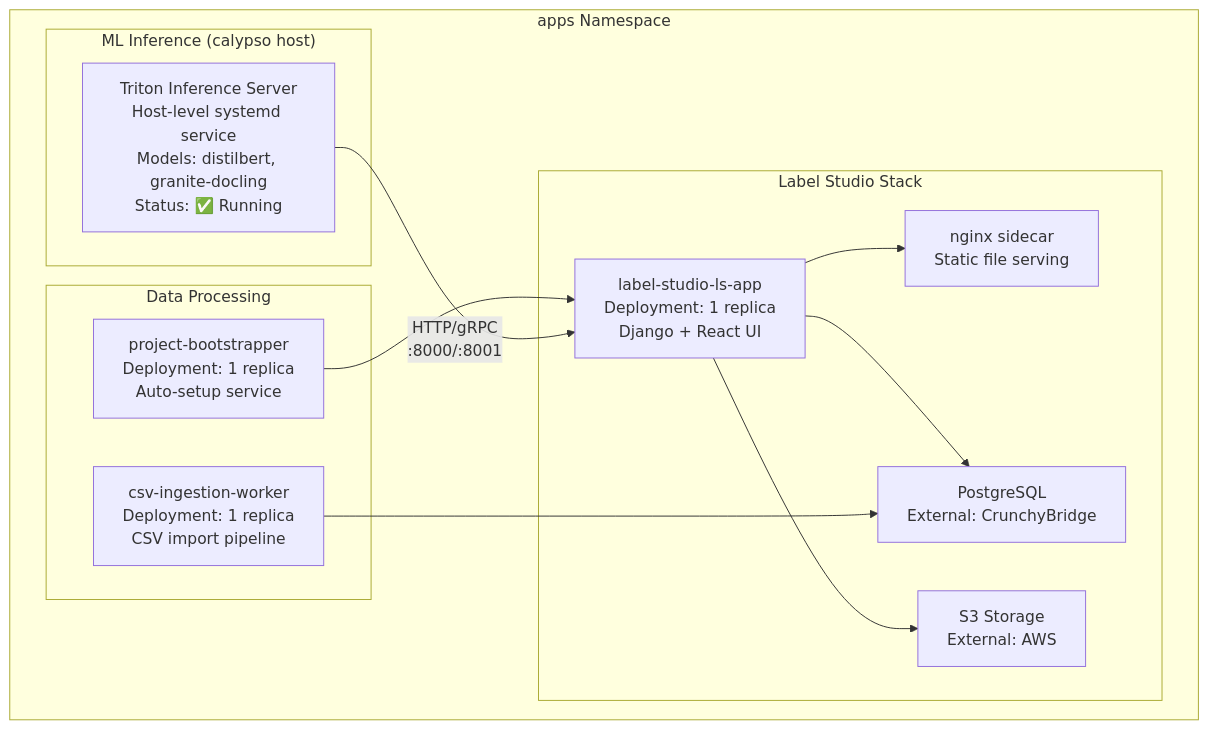
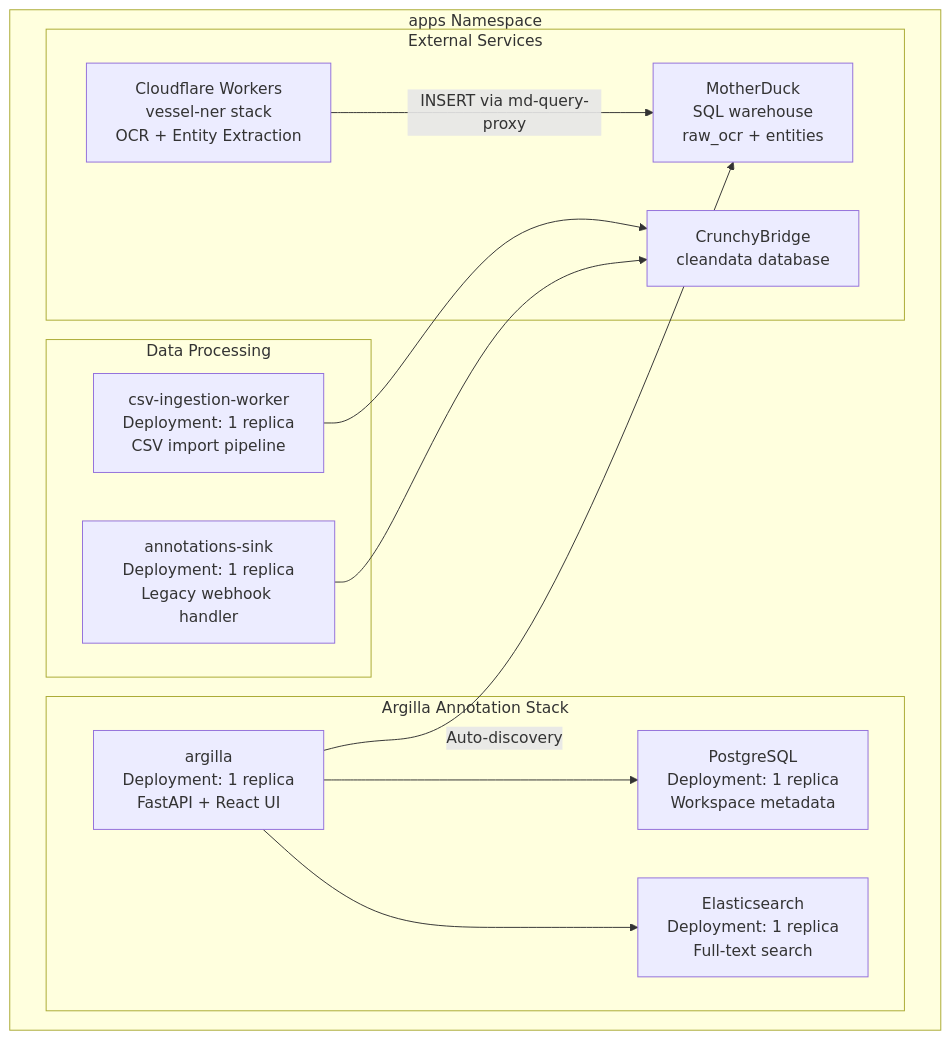
Before and after one commit to goldfish-inc/deepseek-ocr-vllm: the fifth of 15 diagrams in docs/architecture/KUBERNETES_ARCHITECTURE.md, drawn with Mermaid. The commit also changed other lines of this file and 2 other files, not shown here.

First line of the commit message:
docs(architecture): update for Argilla migration and vessel-ner Workers

````diff
--- a/docs/architecture/KUBERNETES_ARCHITECTURE.md
+++ b/docs/architecture/KUBERNETES_ARCHITECTURE.md
@@ -173,27 +174,28 @@
 ```mermaid
 graph TB
     subgraph "apps Namespace"
-        subgraph "Label Studio Stack"
-            LS[label-studio-ls-app<br/>Deployment: 1 replica<br/>Django + React UI]
-            LSNGINX[nginx sidecar<br/>Static file serving]
-            LSDB[PostgreSQL<br/>External: CrunchyBridge]
-            LSS3[S3 Storage<br/>External: AWS]
+        subgraph "Argilla Annotation Stack"
+            ARGILLA[argilla<br/>Deployment: 1 replica<br/>FastAPI + React UI]
+            ARGPG[PostgreSQL<br/>Deployment: 1 replica<br/>Workspace metadata]
+            ARGES[Elasticsearch<br/>Deployment: 1 replica<br/>Full-text search]
         end
 
         subgraph "Data Processing"
             CSV[csv-ingestion-worker<br/>Deployment: 1 replica<br/>CSV import pipeline]
-            PB[project-bootstrapper<br/>Deployment: 1 replica<br/>Auto-setup service]
+            ANNSINK[annotations-sink<br/>Deployment: 1 replica<br/>Legacy webhook handler]
         end
 
-        subgraph "ML Inference (calypso host)"
-            TRITON[Triton Inference Server<br/>Host-level systemd service<br/>Models: distilbert, granite-docling<br/>Status: ✅ Running]
+        subgraph "External Services"
+            CF[Cloudflare Workers<br/>vessel-ner stack<br/>OCR + Entity Extraction]
+            MD[MotherDuck<br/>SQL warehouse<br/>raw_ocr + entities]
+            CLEANDB[CrunchyBridge<br/>cleandata database]
         end
     end
 
-    LS --> LSNGINX
-    LS --> LSDB
-    LS --> LSS3
-    CSV --> LSDB
-    PB --> LS
-    TRITON -->|HTTP/gRPC<br/>:8000/:8001| LS
+    ARGILLA --> ARGPG
+    ARGILLA --> ARGES
+    CF -->|INSERT via md-query-proxy| MD
+    ARGILLA -->|Auto-discovery| MD
+    CSV --> CLEANDB
+    ANNSINK --> CLEANDB
 ```
````
